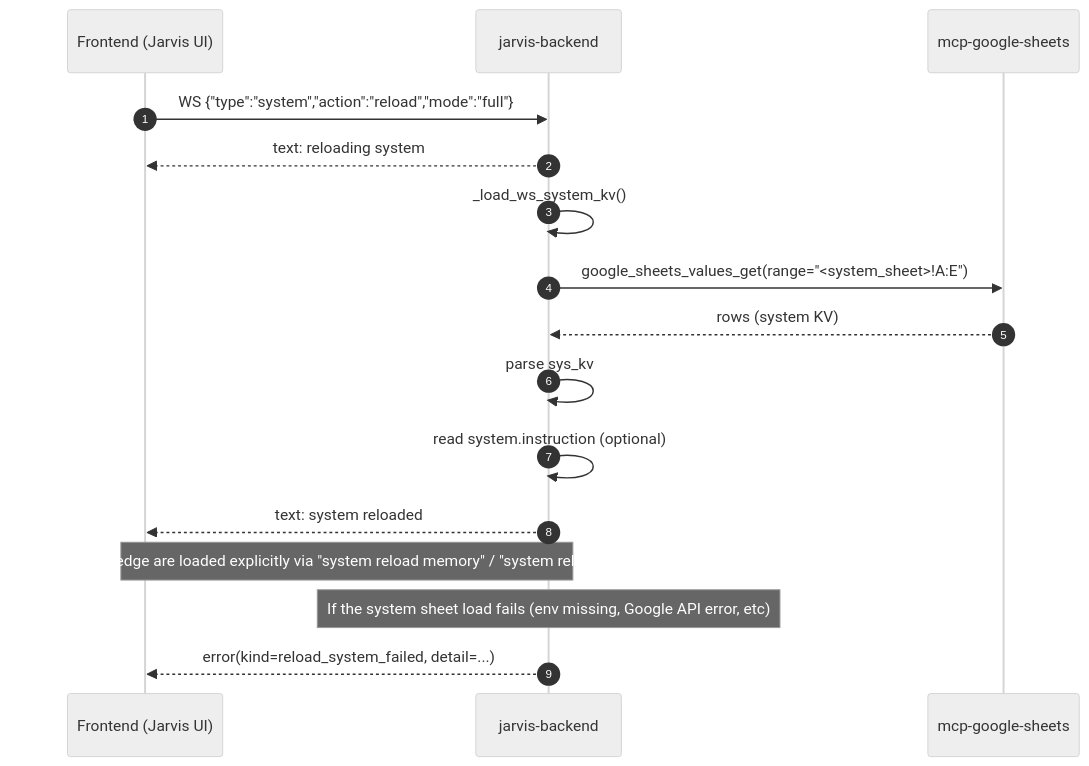
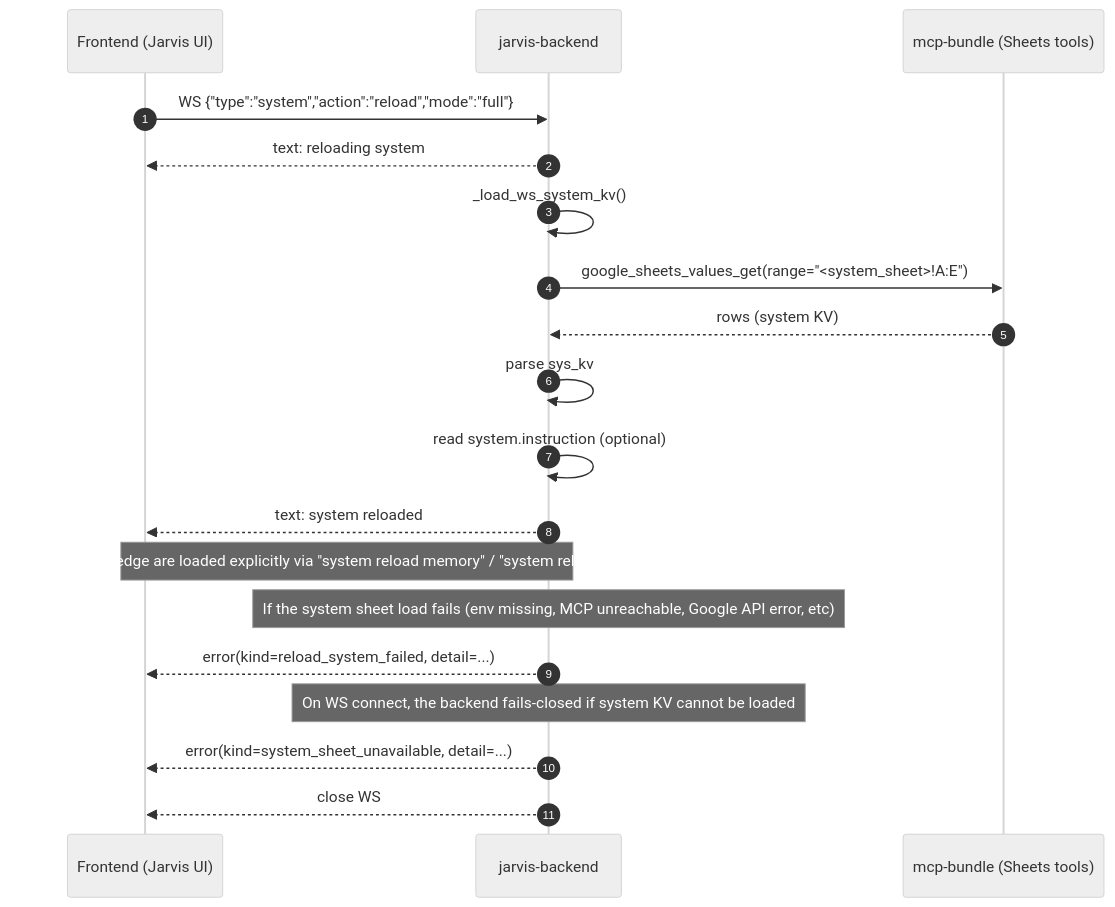
One commit to tonezzz/chaba changed the first of 3 diagrams in services/assistance/docs/SYSTEM.md. Above: the diagram before and after it, drawn with Mermaid (neutral theme).

Commit message:
docs: update system sheet fail-closed chart

````diff
--- a/services/assistance/docs/SYSTEM.md
+++ b/services/assistance/docs/SYSTEM.md
@@ -58,23 +58,27 @@
 ```mermaid
 sequenceDiagram
   autonumber
   participant FE as Frontend (Jarvis UI)
   participant BE as jarvis-backend
-  participant MCP as mcp-google-sheets
+  participant MCP as mcp-bundle (Sheets tools)
 
   FE->>BE: WS {"type":"system","action":"reload","mode":"full"}
   BE-->>FE: text: reloading system
 
   BE->>BE: _load_ws_system_kv()
   BE->>MCP: google_sheets_values_get(range="<system_sheet>!A:E")
   MCP-->>BE: rows (system KV)
 
   BE->>BE: parse sys_kv
   BE->>BE: read system.instruction (optional)
   BE-->>FE: text: system reloaded
 
   Note over FE,BE: Memory/Knowledge are loaded explicitly via "system reload memory" / "system reload knowledge"
 
-  Note over BE: If the system sheet load fails (env missing, Google API error, etc)
+  Note over BE: If the system sheet load fails (env missing, MCP unreachable, Google API error, etc)
   BE-->>FE: error(kind=reload_system_failed, detail=...)
+
+  Note over BE: On WS connect, the backend fails-closed if system KV cannot be loaded
+  BE-->>FE: error(kind=system_sheet_unavailable, detail=...)
+  BE-->>FE: close WS
 ```
````
